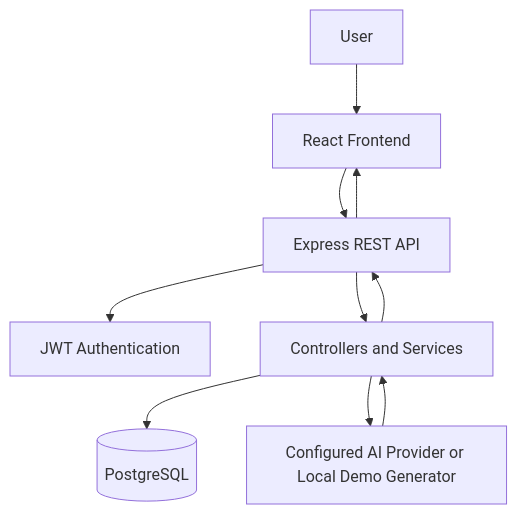
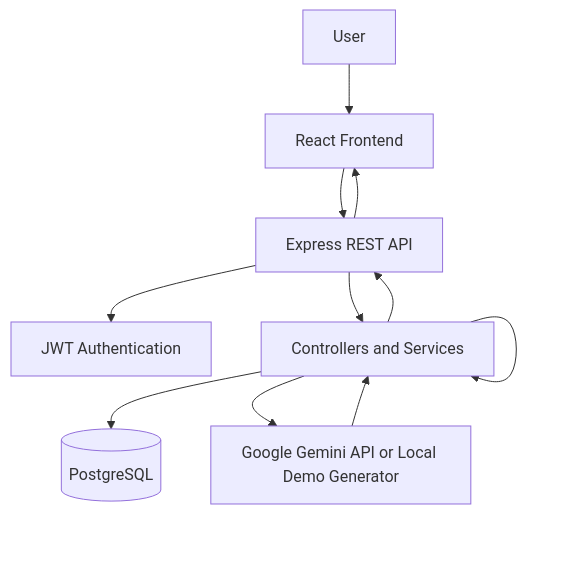
One commit to malshi783/TestPilot-AI changed the diagram in README.md. Above: the diagram before and after it, drawn with Mermaid. The commit also changed other lines of this file, not shown here.

````diff
--- a/README.md
+++ b/README.md
@@ -49,12 +49,12 @@
 ```mermaid
 flowchart TD
   U[User] --> R[React Frontend]
   R --> API[Express REST API]
   API --> AUTH[JWT Authentication]
   API --> C[Controllers and Services]
   C --> DB[(PostgreSQL)]
-  C --> AI[Configured AI Provider or Local Demo Generator]
+  C --> C --> AI[Google Gemini API or Local Demo Generator]
   AI --> C
   C --> API
   API --> R
 ```
````
